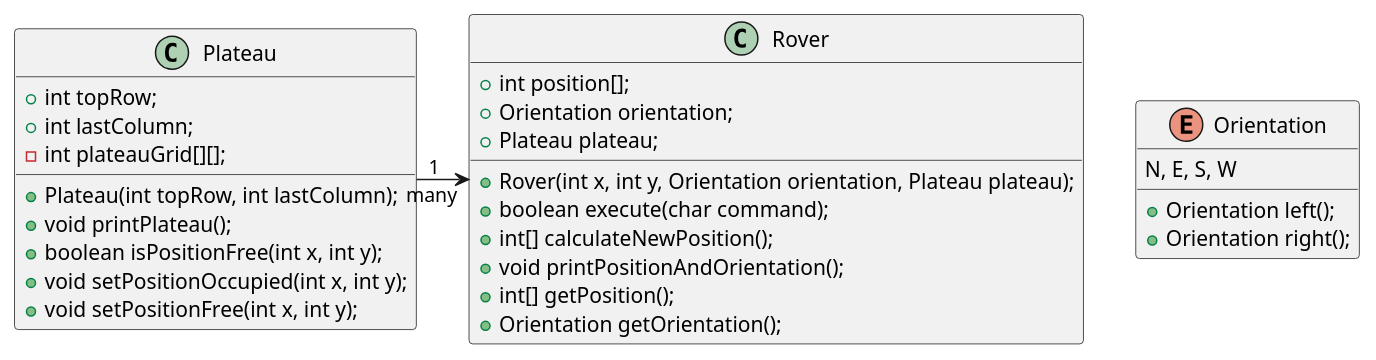
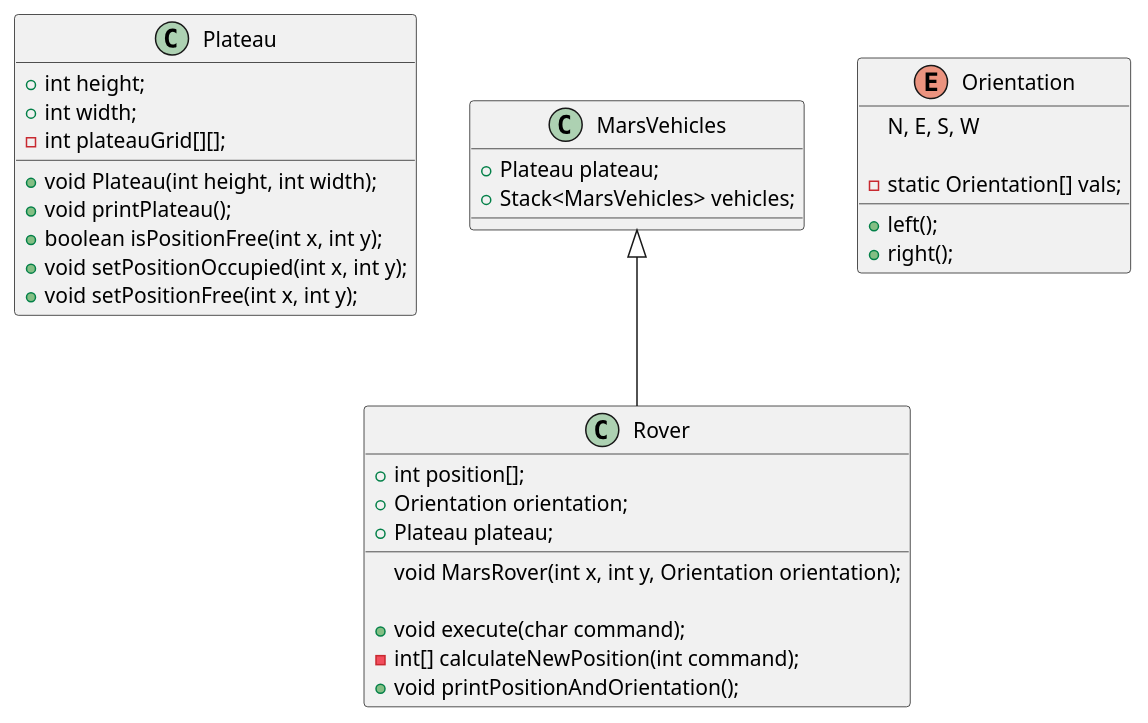
Before and after one commit to MayaVs/MarsRover: the diagram in MarsRover.puml, drawn with PlantUML. The commit also changed 6 other files, not shown here.

Commit message:
Rover can now execute multiple commands

```diff
--- a/MarsRover.puml
+++ b/MarsRover.puml
@@ -1,34 +1,40 @@
 @startuml
 'https://plantuml.com/class-diagram
 
 class Plateau{
-    + int topRow;
-    + int lastColumn;
+    + int height;
+    + int width;
     - int plateauGrid[][];
 
-    + Plateau(int topRow, int lastColumn);
+    + void Plateau(int height, int width);
     + void printPlateau();
     + boolean isPositionFree(int x, int y);
     + void setPositionOccupied(int x, int y);
     + void setPositionFree(int x, int y);
 }
 
-class Rover{
+class Rover extends MarsVehicles{
     + int position[];
     + Orientation orientation;
     + Plateau plateau;
 
-    + Rover(int x, int y, Orientation orientation, Plateau plateau);
-    + boolean execute(char command);
-    + int[] calculateNewPosition();
+    void MarsRover(int x, int y, Orientation orientation);
+
+    + void execute(char command);
+    - int[] calculateNewPosition(int command);
     + void printPositionAndOrientation();
-    + int[] getPosition();
-    + Orientation getOrientation();
 }
-Plateau "1" -> "many" Rover
+
+class MarsVehicles{
+    + Plateau plateau;
+    + Stack<MarsVehicles> vehicles;
+}
+
 enum Orientation{
     N, E, S, W
-    + Orientation left();
-    + Orientation right();
+
+    - static Orientation[] vals;
+    + left();
+    + right();
 }
 @enduml
```
